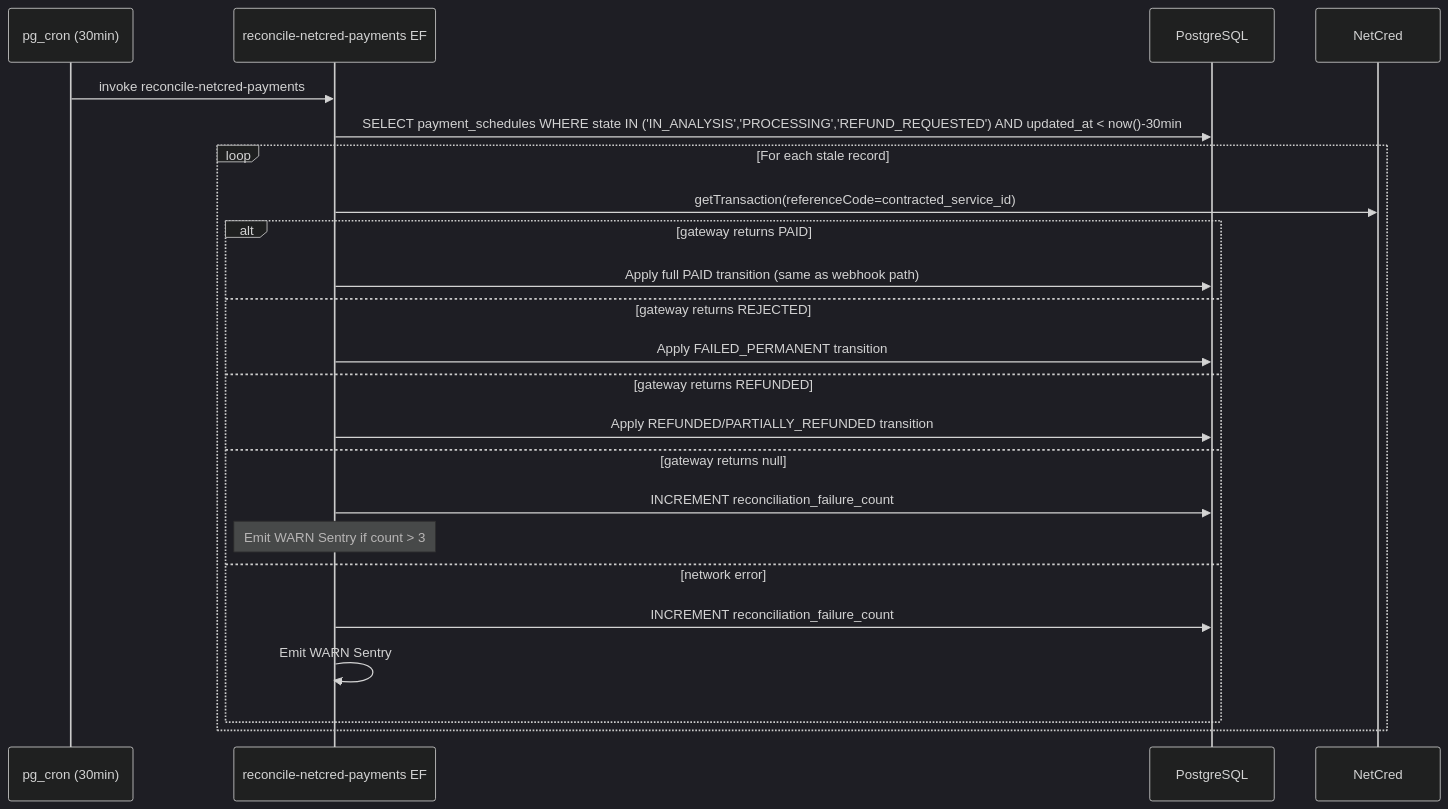
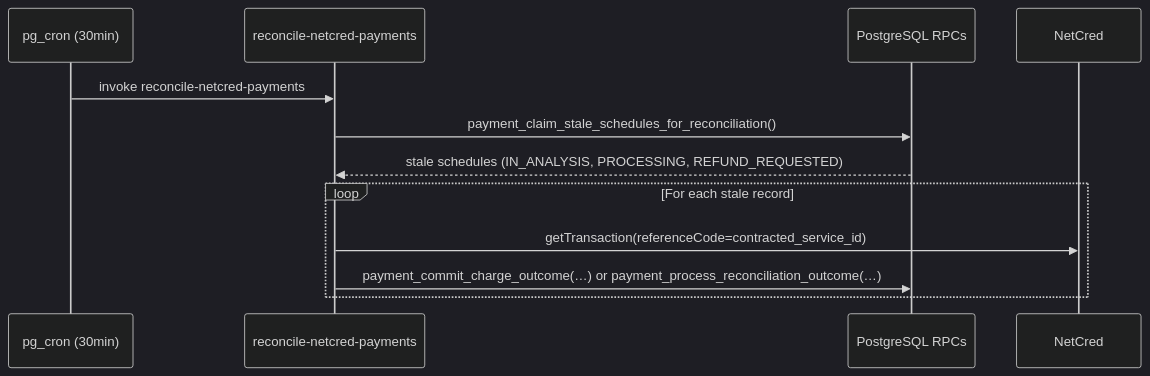
Diagram 15 of 18 in docs/payment-system/design.md (higorpo/renovi-orbit-test), drawn with Mermaid (dark theme) before and after one commit. The commit also changed other lines of this file and 4 other files, not shown here.

````diff
--- a/docs/payment-system/design.md
+++ b/docs/payment-system/design.md
@@ -1142,26 +1550,15 @@
 ```mermaid
 sequenceDiagram
     participant C as pg_cron (30min)
-    participant EF as reconcile-netcred-payments EF
-    participant PG as PostgreSQL
+    participant EF as reconcile-netcred-payments
+    participant PG as PostgreSQL RPCs
     participant NC as NetCred
 
     C->>EF: invoke reconcile-netcred-payments
-    EF->>PG: SELECT payment_schedules WHERE state IN ('IN_ANALYSIS','PROCESSING','REFUND_REQUESTED') AND updated_at < now()-30min
+    EF->>PG: payment_claim_stale_schedules_for_reconciliation()
+    PG-->>EF: stale schedules (IN_ANALYSIS, PROCESSING, REFUND_REQUESTED)
     loop For each stale record
         EF->>NC: getTransaction(referenceCode=contracted_service_id)
-        alt gateway returns PAID
-            EF->>PG: Apply full PAID transition (same as webhook path)
-        else gateway returns REJECTED
-            EF->>PG: Apply FAILED_PERMANENT transition
-        else gateway returns REFUNDED
-            EF->>PG: Apply REFUNDED/PARTIALLY_REFUNDED transition
-        else gateway returns null
-            EF->>PG: INCREMENT reconciliation_failure_count
-            Note over EF: Emit WARN Sentry if count > 3
-        else network error
-            EF->>PG: INCREMENT reconciliation_failure_count
-            EF->>EF: Emit WARN Sentry
-        end
+        EF->>PG: payment_commit_charge_outcome(…) or payment_process_reconciliation_outcome(…)
     end
 ```
````
